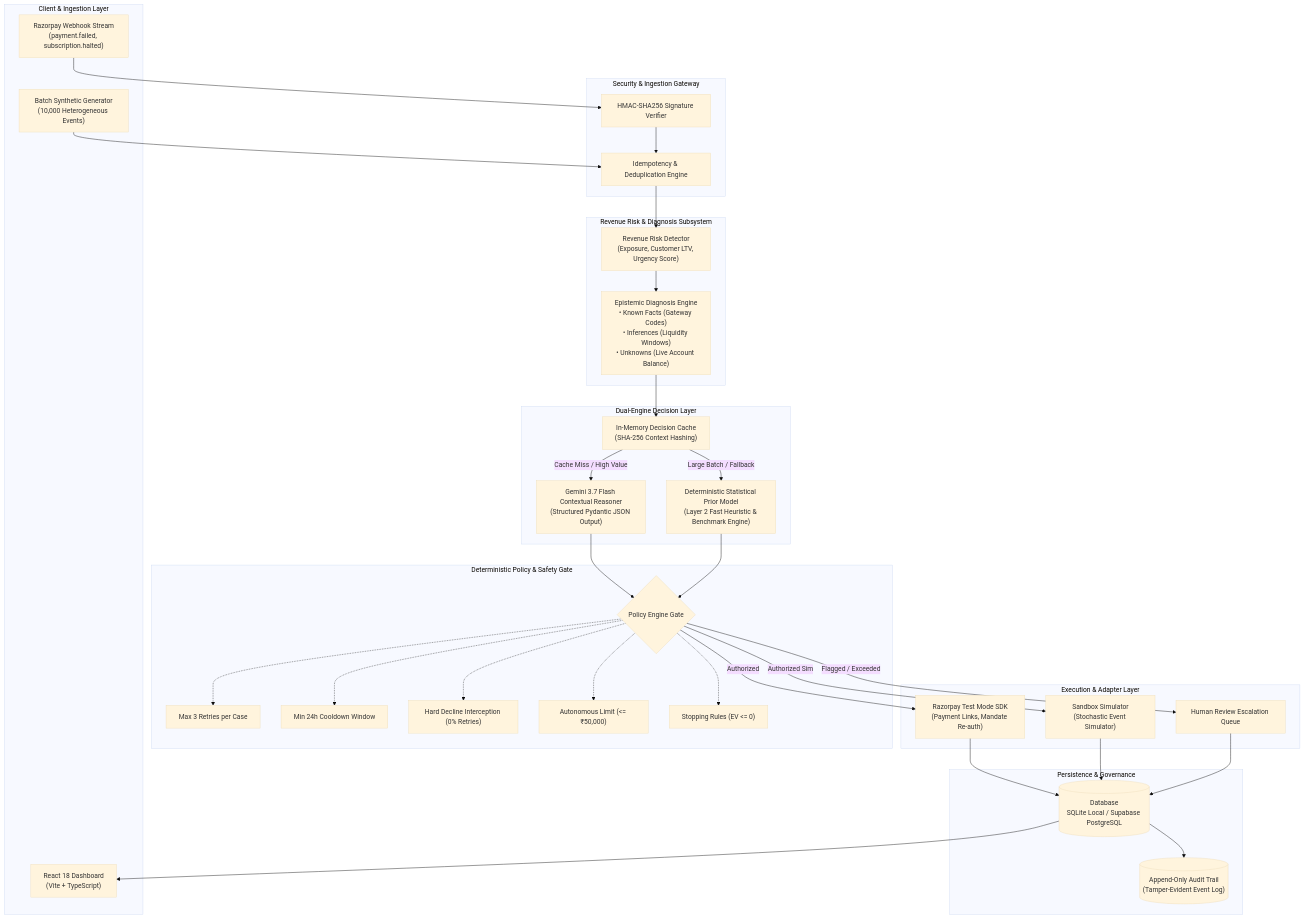
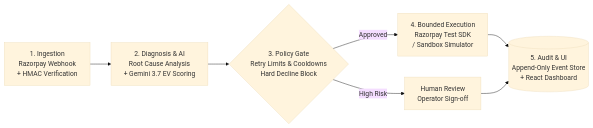
One commit to nirnayyy/reviveai changed the first of 2 diagrams in README.md. Above: the diagram before and after it, drawn with Mermaid (base theme). The commit also changed other lines of this file and 1 other file, not shown here.

Commit message:
docs: Streamline README with minimal architecture diagrams and integrate zero-cost setup guide

````diff
--- a/README.md
+++ b/README.md
@@ -15,70 +13,9 @@
 ```mermaid
-flowchart TD
-    subgraph ClientLayer ["Client & Ingestion Layer"]
-        UI["React 18 Dashboard<br/>(Vite + TypeScript)"]
-        RZP_HOOK["Razorpay Webhook Stream<br/>(payment.failed, subscription.halted)"]
-        SYNTH_IN["Batch Synthetic Generator<br/>(10,000 Heterogeneous Events)"]
-    end
-
-    subgraph Gateway ["Security & Ingestion Gateway"]
-        HMAC["HMAC-SHA256 Signature Verifier"]
-        IDEMP["Idempotency & Deduplication Engine"]
-    end
-
-    subgraph CoreEngine ["Revenue Risk & Diagnosis Subsystem"]
-        RISK["Revenue Risk Detector<br/>(Exposure, Customer LTV, Urgency Score)"]
-        DIAG["Epistemic Diagnosis Engine<br/>• Known Facts (Gateway Codes)<br/>• Inferences (Liquidity Windows)<br/>• Unknowns (Live Account Balance)"]
-    end
-
-    subgraph DecisionLayer ["Dual-Engine Decision Layer"]
-        GEMINI["Gemini 3.7 Flash Contextual Reasoner<br/>(Structured Pydantic JSON Output)"]
-        L2_PRIOR["Deterministic Statistical Prior Model<br/>(Layer 2 Fast Heuristic & Benchmark Engine)"]
-        CACHE["In-Memory Decision Cache<br/>(SHA-256 Context Hashing)"]
-    end
-
-    subgraph GuardrailLayer ["Deterministic Policy & Safety Gate"]
-        POLICY{"Policy Engine Gate"}
-        R1["Max 3 Retries per Case"]
-        R2["Min 24h Cooldown Window"]
-        R3["Hard Decline Interception (0% Retries)"]
-        R4["Autonomous Limit (<= ₹50,000)"]
-        R5["Stopping Rules (EV <= 0)"]
-    end
-
-    subgraph ExecutionLayer ["Execution & Adapter Layer"]
-        RZP_SDK["Razorpay Test Mode SDK<br/>(Payment Links, Mandate Re-auth)"]
-        SANDBOX["Sandbox Simulator<br/>(Stochastic Event Simulator)"]
-        HUMAN["Human Review Escalation Queue"]
-    end
-
-    subgraph PersistenceLayer ["Persistence & Governance"]
-        DB[("Database<br/>SQLite Local / Supabase PostgreSQL")]
-        AUDIT[("Append-Only Audit Trail<br/>(Tamper-Evident Event Log)")]
-    end
-
-    %% Flow connections
-    RZP_HOOK --> HMAC
-    SYNTH_IN --> IDEMP
-    HMAC --> IDEMP
-    IDEMP --> RISK
-    RISK --> DIAG
-
-    DIAG --> CACHE
-    CACHE -->|Cache Miss / High Value| GEMINI
-    CACHE -->|Large Batch / Fallback| L2_PRIOR
-
-    GEMINI --> POLICY
-    L2_PRIOR --> POLICY
-
-    POLICY -.-> R1 & R2 & R3 & R4 & R5
-
-    POLICY -->|Authorized| RZP_SDK
-    POLICY -->|Authorized Sim| SANDBOX
-    POLICY -->|Flagged / Exceeded| HUMAN
-
-    RZP_SDK --> DB
-    SANDBOX --> DB
-    HUMAN --> DB
-    DB --> AUDIT
-    DB --> UI
+flowchart LR
+    A["1. Ingestion<br/>Razorpay Webhook<br/>+ HMAC Verification"] --> B["2. Diagnosis & AI<br/>Root Cause Analysis<br/>+ Gemini 3.7 EV Scoring"]
+    B --> C{"3. Policy Gate<br/>Retry Limits & Cooldowns<br/>Hard Decline Block"}
+    C -->|Approved| D["4. Bounded Execution<br/>Razorpay Test SDK<br/>/ Sandbox Simulator"]
+    C -->|High Risk| E["Human Review<br/>Operator Sign-off"]
+    D --> F[("5. Audit & UI<br/>Append-Only Event Store<br/>+ React Dashboard")]
+    E --> F
 ```
````
